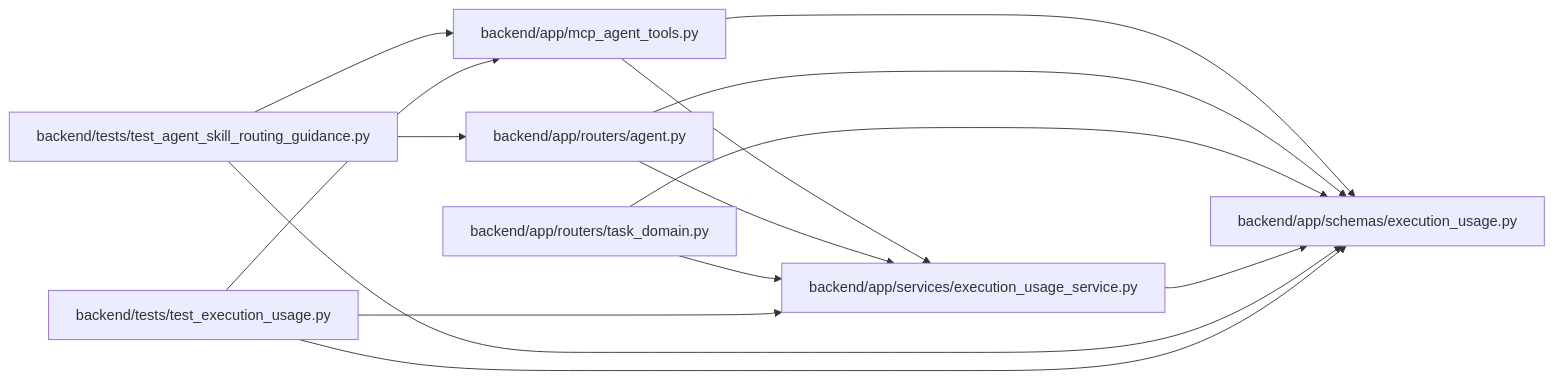
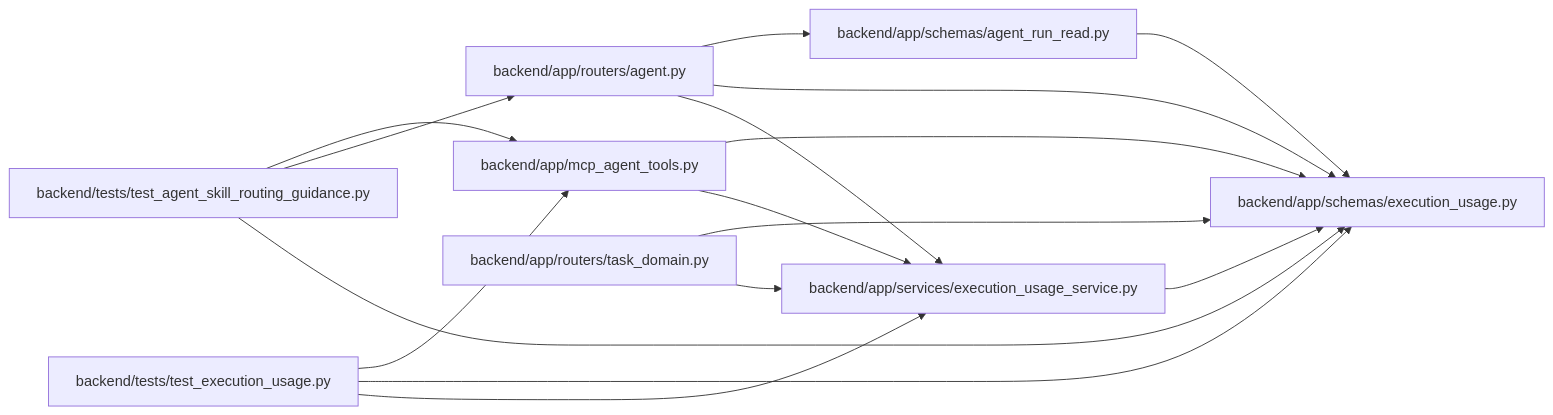
Before and after one commit to Denissvgn/WorkChord: the diagram in docs/llm_wiki/modules/schemas_execution_usage.md, drawn with Mermaid. The commit also changed other lines of this file and 879 other files, not shown here.

````diff
--- a/docs/llm_wiki/modules/schemas_execution_usage.md
+++ b/docs/llm_wiki/modules/schemas_execution_usage.md
@@ -23,30 +23,34 @@
 ```mermaid
 flowchart LR
     n0["backend/app/mcp_agent_tools.py"]
     n1["backend/app/routers/agent.py"]
     n2["backend/app/routers/task_domain.py"]
-    n3["backend/app/schemas/execution_usage.py"]
-    n4["backend/app/services/execution_usage_service.py"]
-    n5["backend/tests/test_agent_skill_routing_guidance.py"]
-    n6["backend/tests/test_execution_usage.py"]
-    n0 --> n3
+    n3["backend/app/schemas/agent_run_read.py"]
+    n4["backend/app/schemas/execution_usage.py"]
+    n5["backend/app/services/execution_usage_service.py"]
+    n6["backend/tests/test_agent_skill_routing_guidance.py"]
+    n7["backend/tests/test_execution_usage.py"]
     n0 --> n4
+    n0 --> n5
     n1 --> n3
     n1 --> n4
-    n2 --> n3
+    n1 --> n5
     n2 --> n4
-    n4 --> n3
-    n5 --> n0
-    n5 --> n1
-    n5 --> n3
+    n2 --> n5
+    n3 --> n4
+    n5 --> n4
     n6 --> n0
-    n6 --> n3
+    n6 --> n1
     n6 --> n4
+    n7 --> n0
+    n7 --> n4
+    n7 --> n5
     click n0 "../modules/mcp_agent_tools.md"
     click n1 "../modules/routers_agent.md"
     click n2 "../modules/routers_task_domain.md"
-    click n3 "../modules/schemas_execution_usage.md"
-    click n4 "../modules/execution_usage_service.md"
-    click n5 "../modules/test_agent_skill_routing_guidance.md"
-    click n6 "../modules/test_execution_usage.md"
+    click n3 "../modules/agent_run_read.md"
+    click n4 "../modules/schemas_execution_usage.md"
+    click n5 "../modules/execution_usage_service.md"
+    click n6 "../modules/test_agent_skill_routing_guidance.md"
+    click n7 "../modules/test_execution_usage.md"
 ```
````
